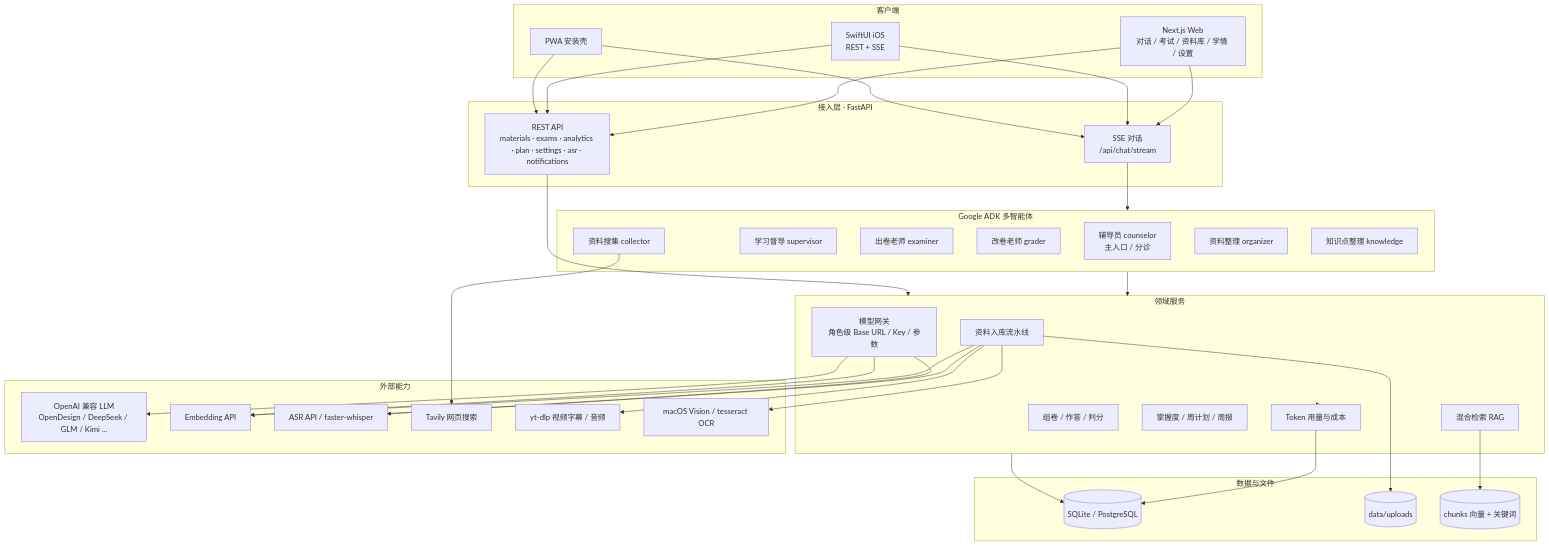
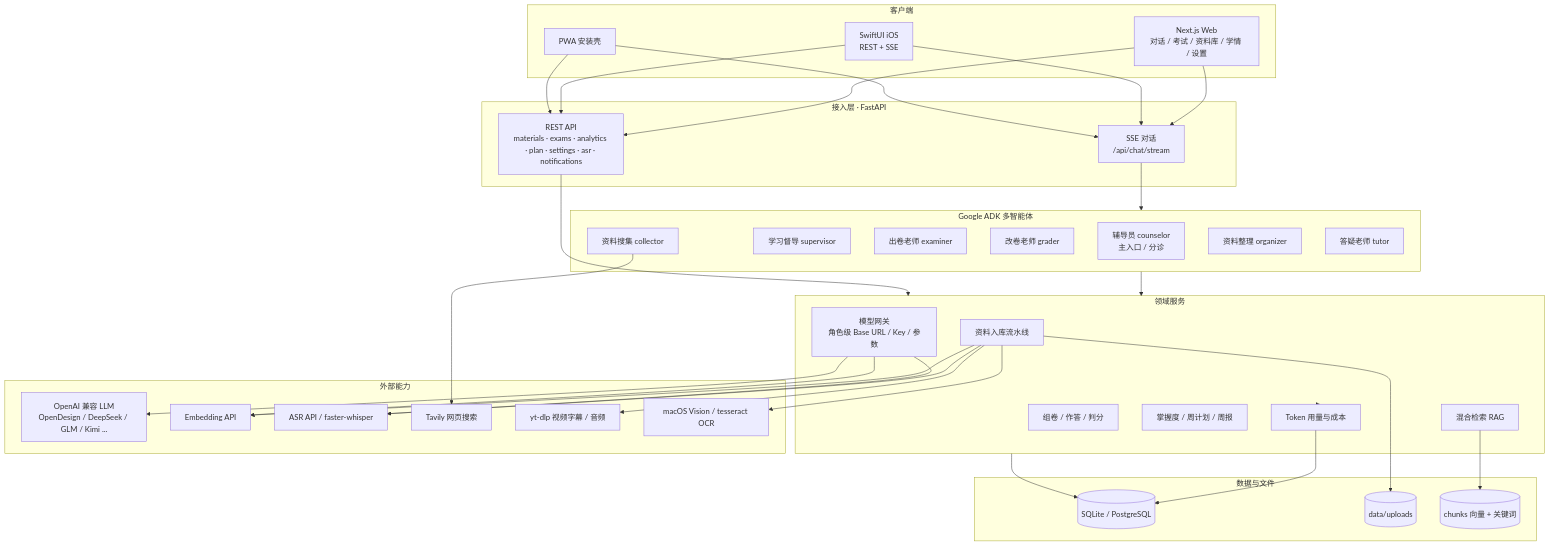
The diagram in docs/diagrams/overview.mmd (yijiejiang/kaogong-school), drawn with Mermaid before and after one commit. The commit also changed 2 other files, not shown here.

Commit message:
重生成总览架构图，去掉已合并的知识点整理角色

```diff
--- a/docs/diagrams/overview.mmd
+++ b/docs/diagrams/overview.mmd
@@ -1,58 +1,58 @@
 flowchart TB
   subgraph Clients["客户端"]
     Web["Next.js Web<br/>对话 / 考试 / 资料库 / 学情 / 设置"]
     IOS["SwiftUI iOS<br/>REST + SSE"]
     PWA["PWA 安装壳"]
   end
 
   subgraph Edge["接入层 · FastAPI"]
     SSE["SSE 对话<br/>/api/chat/stream"]
     REST["REST API<br/>materials · exams · analytics · plan · settings · asr · notifications"]
   end
 
   subgraph Agents["Google ADK 多智能体"]
     Counselor["辅导员 counselor<br/>主入口 / 分诊"]
     Supervisor["学习督导 supervisor"]
     Examiner["出卷老师 examiner"]
     Grader["改卷老师 grader"]
     Collector["资料搜集 collector"]
     Organizer["资料整理 organizer"]
-    Knowledge["知识点整理 knowledge"]
+    Tutor["答疑老师 tutor"]
   end
 
   subgraph Domain["领域服务"]
     Ingest["资料入库流水线"]
     RAG["混合检索 RAG"]
     Exam["组卷 / 作答 / 判分"]
     Learning["掌握度 / 周计划 / 周报"]
     Usage["Token 用量与成本"]
     ModelGateway["模型网关<br/>角色级 Base URL / Key / 参数"]
   end
 
   subgraph Data["数据与文件"]
     DB[("SQLite / PostgreSQL")]
     Uploads[("data/uploads")]
     Index[("chunks 向量 + 关键词")]
   end
 
   subgraph External["外部能力"]
     LLM["OpenAI 兼容 LLM<br/>OpenDesign / DeepSeek / GLM / Kimi ..."]
     Embed["Embedding API"]
     ASR["ASR API / faster-whisper"]
     Search["Tavily 网页搜索"]
     Media["yt-dlp 视频字幕 / 音频"]
     OCR["macOS Vision / tesseract OCR"]
   end
 
   Web & IOS & PWA --> SSE & REST
   SSE --> Agents
   Agents --> Domain
   REST --> Domain
   Domain --> DB
   Ingest --> Uploads
   RAG --> Index
   Ingest --> OCR & Media & ASR
   Ingest --> Embed
   Collector --> Search
   ModelGateway --> LLM & Embed & ASR
   Domain --> Usage --> DB
```
